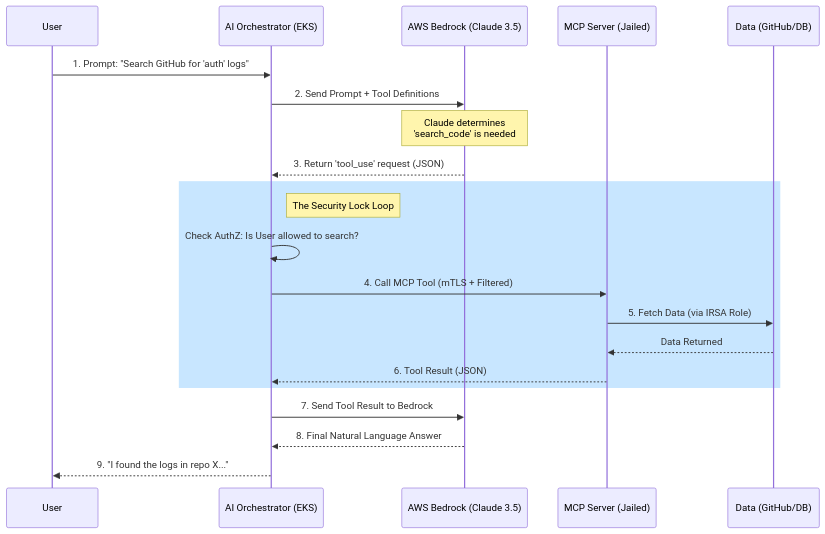
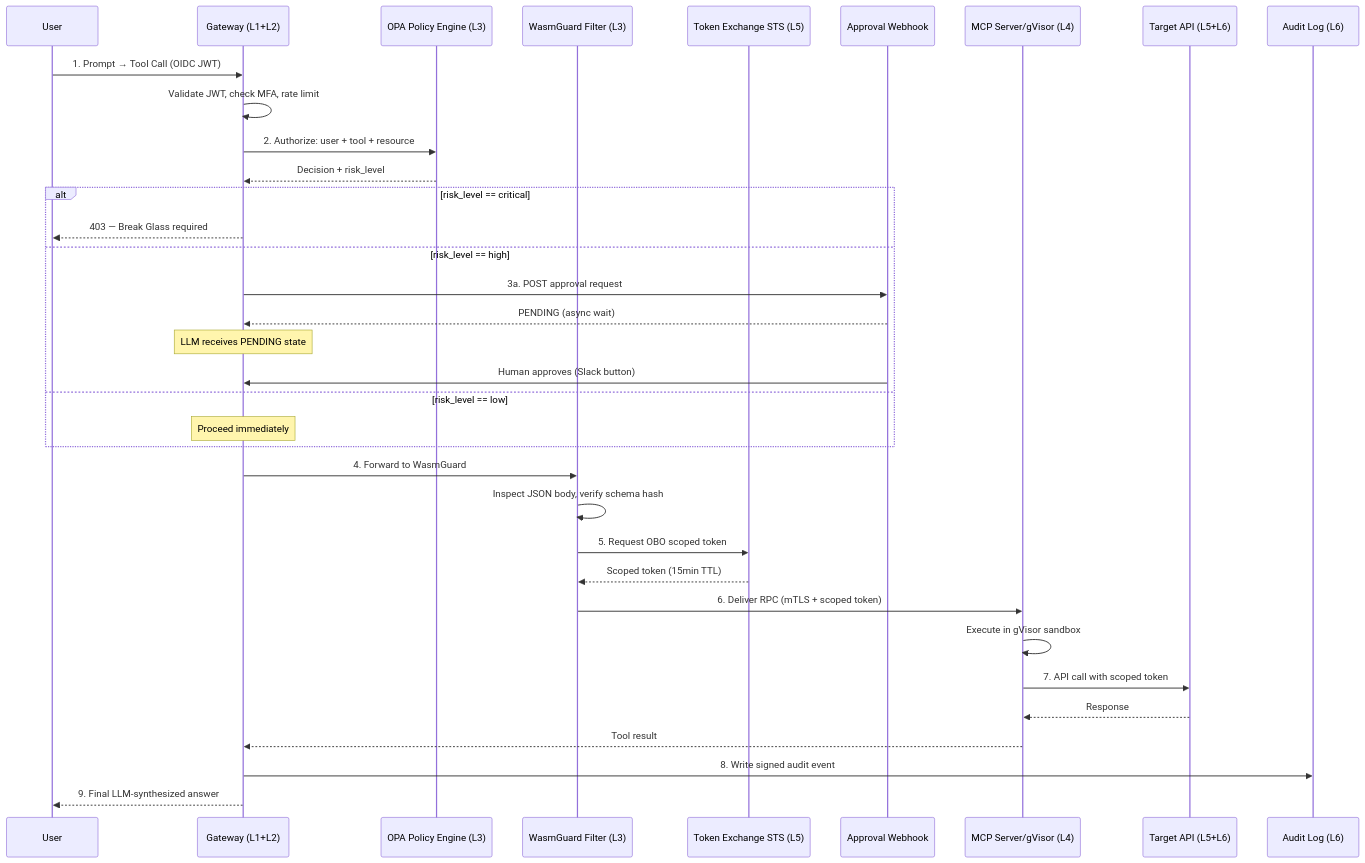
Before and after one commit to babywyrm/sysadmin: the fifth of 5 diagrams in mcp/rfc/readme.md, drawn with Mermaid. The commit also changed other lines of this file, not shown here.

````diff
--- a/mcp/rfc/readme.md
+++ b/mcp/rfc/readme.md
@@ -132,26 +476,42 @@
 ```mermaid
 sequenceDiagram
     participant U as User
-    participant G as AI Orchestrator (EKS)
-    participant B as AWS Bedrock (Claude 3.5)
-    participant M as MCP Server (Jailed)
-    participant D as Data (GitHub/DB)
+    participant G as Gateway (L1+L2)
+    participant OPA as OPA Policy Engine (L3)
+    participant W as WasmGuard Filter (L3)
+    participant STS as Token Exchange STS (L5)
+    participant HOOK as Approval Webhook
+    participant M as MCP Server/gVisor (L4)
+    participant API as Target API (L5+L6)
+    participant AUD as Audit Log (L6)
 
-    U->>G: 1. Prompt: "Search GitHub for 'auth' logs"
-    G->>B: 2. Send Prompt + Tool Definitions
-    Note over B: Claude determines<br/>'search_code' is needed
-    B-->>G: 3. Return 'tool_use' request (JSON)
-    
-    rect rgb(200, 230, 255)
-    Note right of G: The Security Lock Loop
-    G->>G: Check AuthZ: Is User allowed to search?
-    G->>M: 4. Call MCP Tool (mTLS + Filtered)
-    M->>D: 5. Fetch Data (via IRSA Role)
-    D-->>M: Data Returned
-    M-->>G: 6. Tool Result (JSON)
+    U->>G: 1. Prompt → Tool Call (OIDC JWT)
+    G->>G: Validate JWT, check MFA, rate limit
+    G->>OPA: 2. Authorize: user + tool + resource
+    OPA-->>G: Decision + risk_level
+
+    alt risk_level == critical
+        G-->>U: 403 — Break Glass required
+    else risk_level == high
+        G->>HOOK: 3a. POST approval request
+        HOOK-->>G: PENDING (async wait)
+        Note over G: LLM receives PENDING state
+        HOOK->>G: Human approves (Slack button)
+    else risk_level == low
+        Note over G: Proceed immediately
     end
 
-    G->>B: 7. Send Tool Result to Bedrock
-    B-->>G: 8. Final Natural Language Answer
-    G-->>U: 9. "I found the logs in repo X..."
+    G->>W: 4. Forward to WasmGuard
+    W->>W: Inspect JSON body, verify schema hash
+    W->>STS: 5. Request OBO scoped token
+    STS-->>W: Scoped token (15min TTL)
+    W->>M: 6. Deliver RPC (mTLS + scoped token)
+
+    M->>M: Execute in gVisor sandbox
+    M->>API: 7. API call with scoped token
+    API-->>M: Response
+    M-->>G: Tool result
+
+    G->>AUD: 8. Write signed audit event
+    G-->>U: 9. Final LLM-synthesized answer
 ```
````
